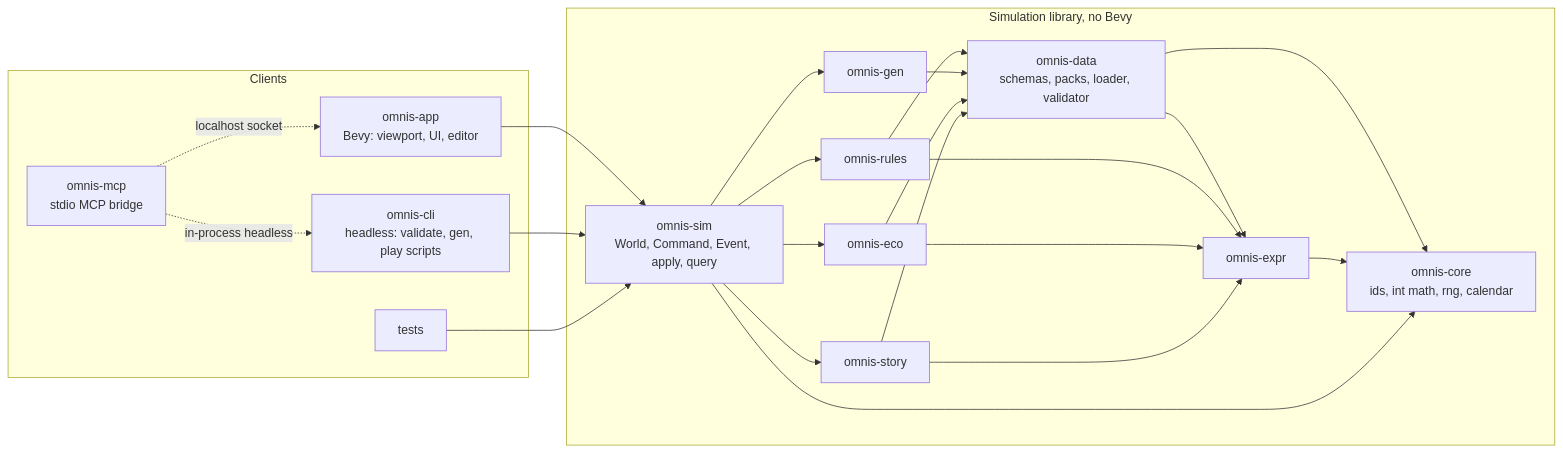
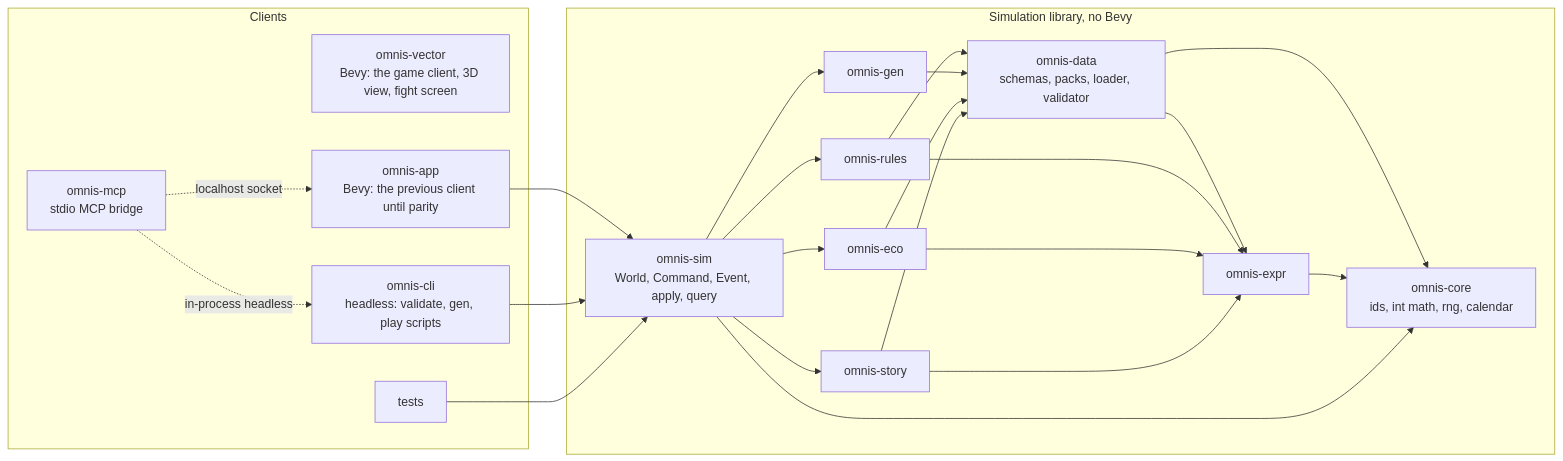
Before and after one commit to gatewaynode/omnis: the first of 2 diagrams in ARCHITECTURE.md, drawn with Mermaid. The commit also changed other lines of this file and 8 other files, not shown here.

````diff
--- a/ARCHITECTURE.md
+++ b/ARCHITECTURE.md
@@ -28,29 +28,30 @@
 ```mermaid
 flowchart LR
   subgraph clients [Clients]
-    APP[omnis-app<br/>Bevy: viewport, UI, editor]
+    VEC[omnis-vector<br/>Bevy: the game client, 3D view, fight screen]
+    APP[omnis-app<br/>Bevy: the previous client until parity]
     CLI[omnis-cli<br/>headless: validate, gen, play scripts]
     MCP[omnis-mcp<br/>stdio MCP bridge]
     TEST[tests]
   end
   subgraph sim [Simulation library, no Bevy]
     SIM[omnis-sim<br/>World, Command, Event, apply, query]
     RULES[omnis-rules]
     GEN[omnis-gen]
     ECO[omnis-eco]
     STORY[omnis-story]
     DATA[omnis-data<br/>schemas, packs, loader, validator]
     EXPR[omnis-expr]
     CORE[omnis-core<br/>ids, int math, rng, calendar]
   end
   APP --> SIM
   CLI --> SIM
   TEST --> SIM
   MCP -. localhost socket .-> APP
   MCP -. in-process headless .-> CLI
   SIM --> RULES & GEN & ECO & STORY
   RULES & GEN & ECO & STORY --> DATA
   DATA --> EXPR
   RULES & ECO & STORY --> EXPR
   DATA & EXPR & SIM --> CORE
 ```
````
